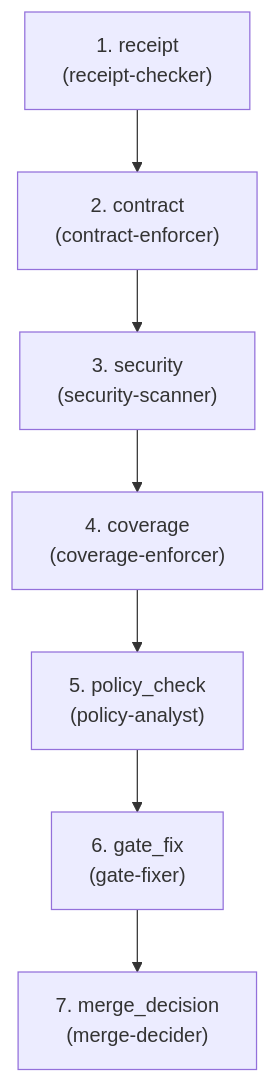
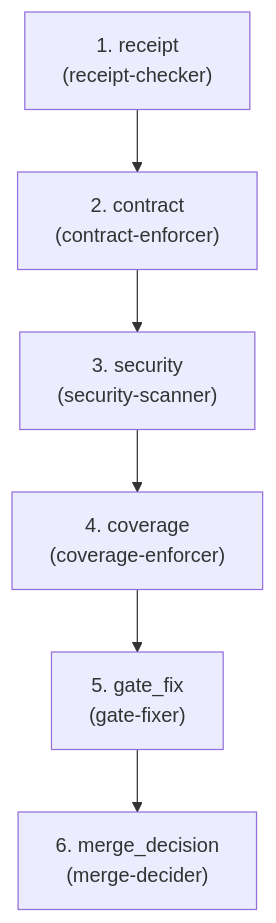
The diagram in swarm/flows/flow-gate.md (EffortlessMetrics/flow-studio-swarm), drawn with Mermaid before and after one commit. The commit also changed other lines of this file and 8 other files, not shown here.

````diff
--- a/swarm/flows/flow-gate.md
+++ b/swarm/flows/flow-gate.md
@@ -118,16 +118,14 @@
 ```mermaid
 graph TD
   gate_receipt["1. receipt\n(receipt-checker)"]
   gate_contract["2. contract\n(contract-enforcer)"]
   gate_security["3. security\n(security-scanner)"]
   gate_coverage["4. coverage\n(coverage-enforcer)"]
-  gate_policy_check["5. policy_check\n(policy-analyst)"]
-  gate_gate_fix["6. gate_fix\n(gate-fixer)"]
-  gate_merge_decision["7. merge_decision\n(merge-decider)"]
+  gate_gate_fix["5. gate_fix\n(gate-fixer)"]
+  gate_merge_decision["6. merge_decision\n(merge-decider)"]
   gate_receipt --> gate_contract
   gate_contract --> gate_security
   gate_security --> gate_coverage
-  gate_coverage --> gate_policy_check
-  gate_policy_check --> gate_gate_fix
+  gate_coverage --> gate_gate_fix
   gate_gate_fix --> gate_merge_decision
 ```
````
